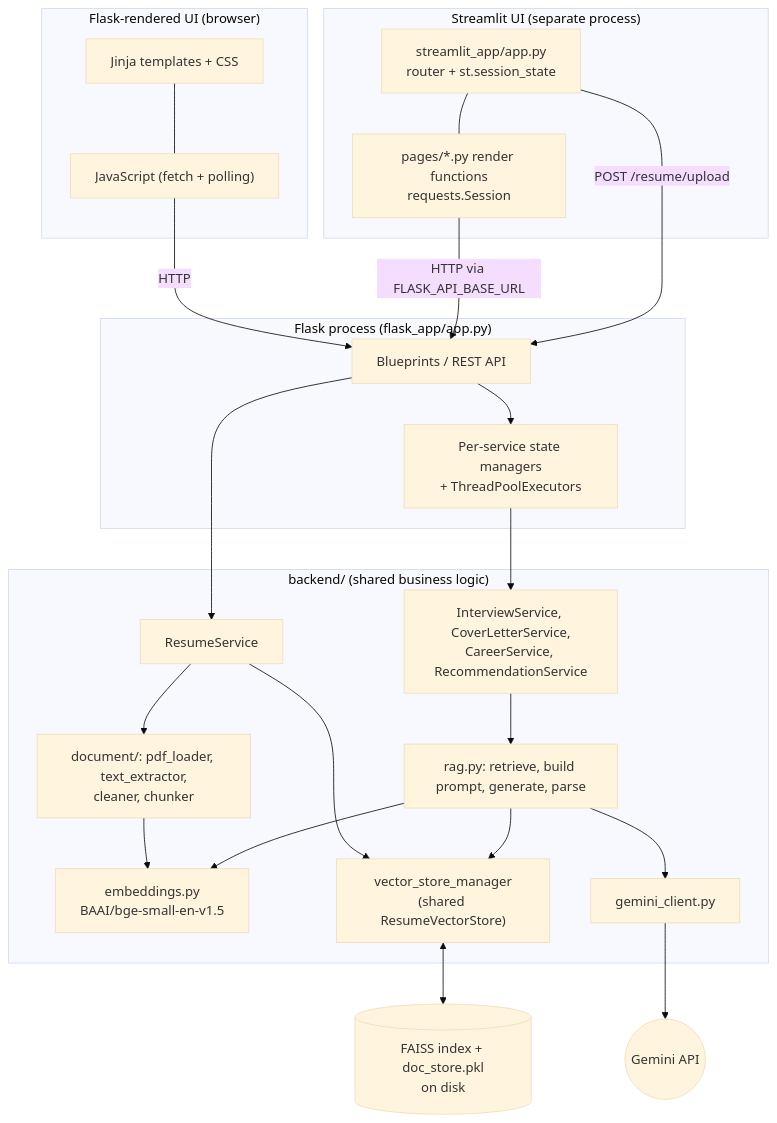
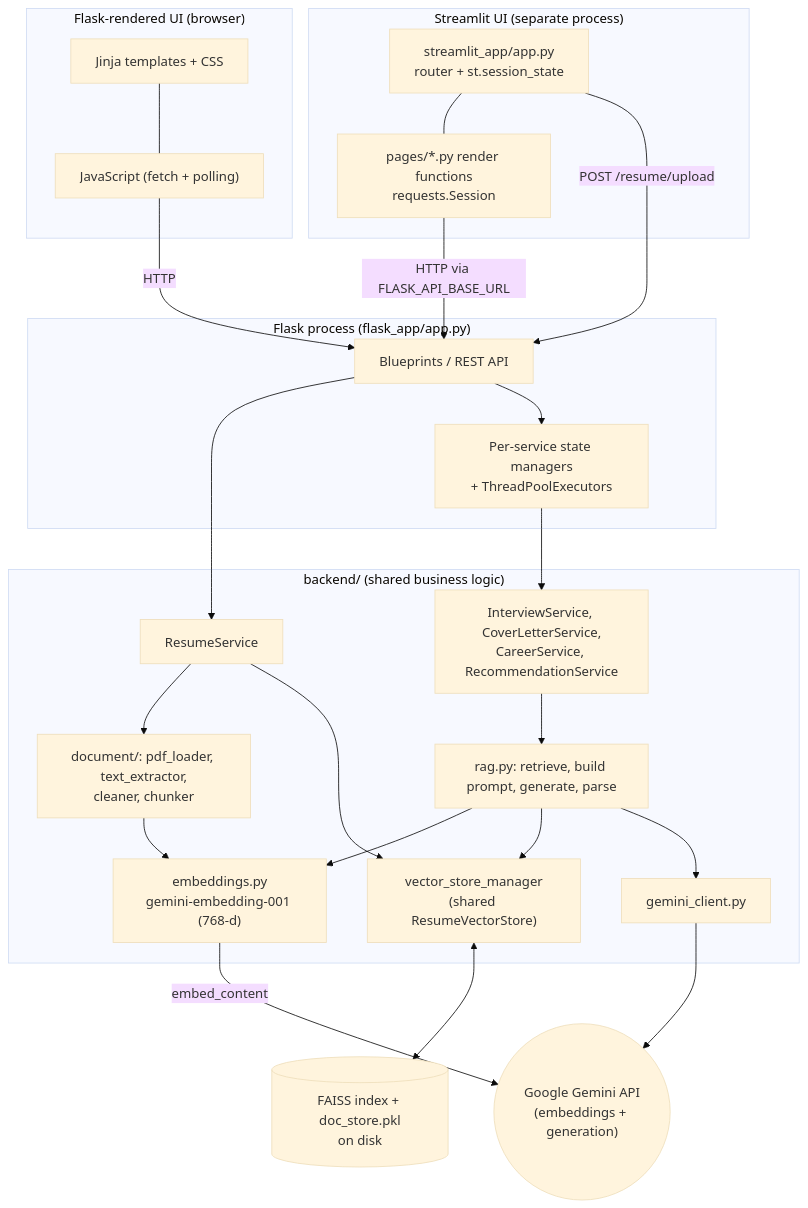
Before and after one commit to M-Sudheer18/Career-Coach-Application: the first of 4 diagrams in README.md, drawn with Mermaid (base theme). The commit also changed other lines of this file, not shown here.

````diff
--- a/README.md
+++ b/README.md
@@ -77,46 +89,47 @@
 ```mermaid
 flowchart TB
     subgraph Browser["Flask-rendered UI (browser)"]
         T["Jinja templates + CSS"]
         JS["JavaScript (fetch + polling)"]
     end
     subgraph ST["Streamlit UI (separate process)"]
         APP["streamlit_app/app.py<br/>router + st.session_state"]
         PG["pages/*.py render functions<br/>requests.Session"]
     end
 
     subgraph Flask["Flask process (flask_app/app.py)"]
         BP["Blueprints / REST API"]
         SM["Per-service state managers<br/>+ ThreadPoolExecutors"]
     end
 
     subgraph Backend["backend/ (shared business logic)"]
         RS["ResumeService"]
         SVC["InterviewService, CoverLetterService,<br/>CareerService, RecommendationService"]
         DOC["document/: pdf_loader, text_extractor,<br/>cleaner, chunker"]
-        EMB["embeddings.py<br/>BAAI/bge-small-en-v1.5"]
+        EMB["embeddings.py<br/>gemini-embedding-001 (768-d)"]
         VSM["vector_store_manager<br/>(shared ResumeVectorStore)"]
         RAG["rag.py: retrieve, build prompt, generate, parse"]
         GEM["gemini_client.py"]
     end
 
     FAISS[("FAISS index + doc_store.pkl<br/>on disk")]
-    GOOGLE(("Gemini API"))
+    GOOGLE(("Google Gemini API<br/>(embeddings + generation)"))
 
     JS -->|HTTP| BP
     T --- JS
     APP --- PG
     PG -->|HTTP via FLASK_API_BASE_URL| BP
     APP -->|POST /resume/upload| BP
 
     BP --> RS
     BP --> SM
     SM --> SVC
     RS --> DOC --> EMB
     RS --> VSM
     VSM <--> FAISS
     SVC --> RAG
     RAG --> EMB
     RAG --> VSM
     RAG --> GEM --> GOOGLE
+    EMB -->|embed_content| GOOGLE
 ```
````
